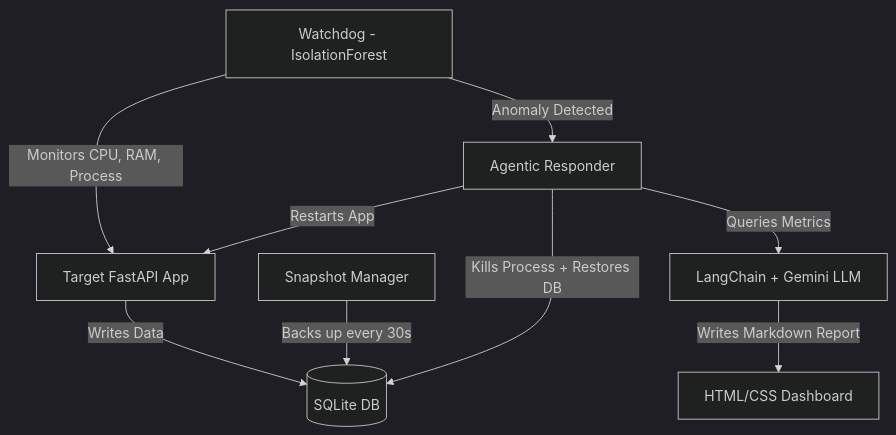
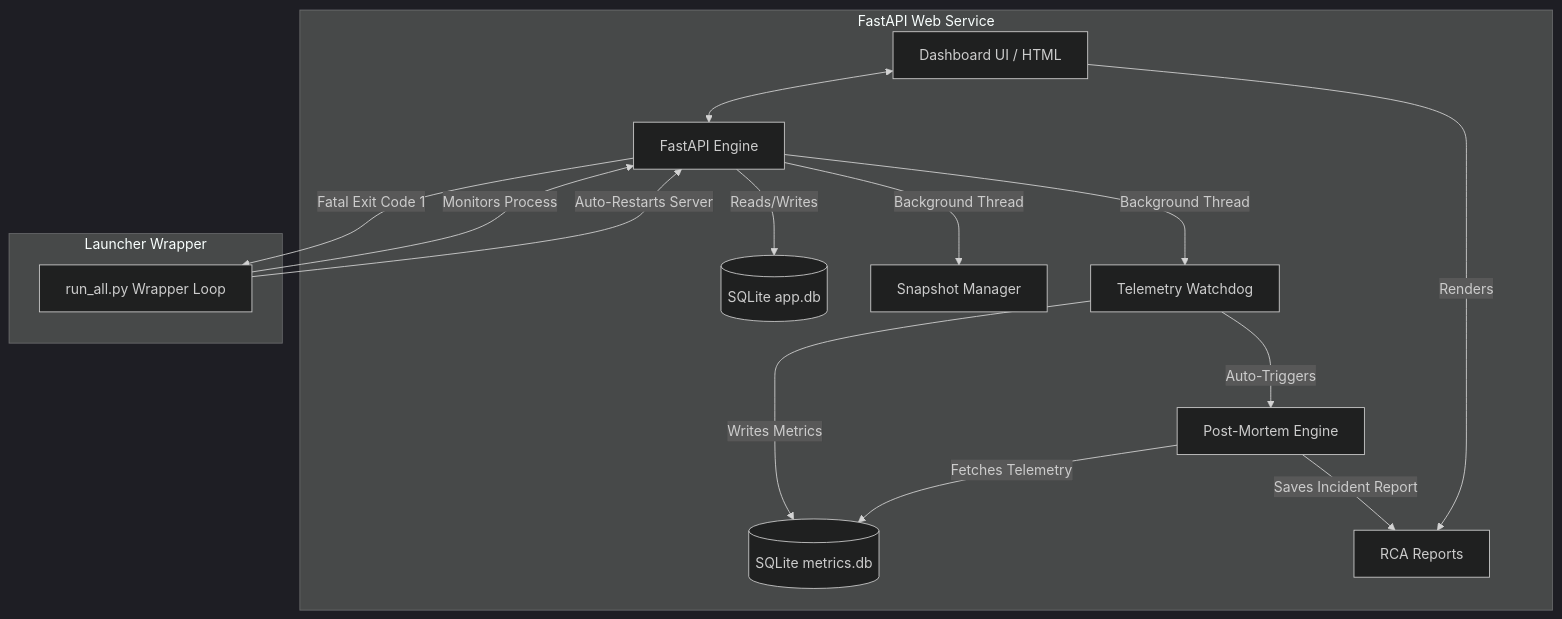
Before and after one commit to vishnuatgit/DeepBell: the diagram in README.md, drawn with Mermaid (dark theme). The commit also changed other lines of this file, not shown here.

Commit message:
docs: rewrite README to focus on telemetry and programmatic recovery

````diff
--- a/README.md
+++ b/README.md
@@ -43,11 +35,20 @@
 ```mermaid
 graph TD;
-    A[Target FastAPI App] -->|Writes Data| B[(SQLite DB)]
-    C[Snapshot Manager] -->|Backs up every 30s| B
-    D[Watchdog - IsolationForest] -->|Monitors CPU, RAM, Process| A
-    D -->|Anomaly Detected| E[Agentic Responder]
-    E -->|Kills Process + Restores DB| B
-    E -->|Restarts App| A
-    E -->|Queries Metrics| F[LangChain + Gemini LLM]
-    F -->|Writes Markdown Report| G[HTML/CSS Dashboard]
+    subgraph FastAPI Web Service
+        A[Dashboard UI / HTML] <--> B[FastAPI Engine]
+        B -->|Reads/Writes| C[(SQLite app.db)]
+        B -->|Background Thread| D[Snapshot Manager]
+        B -->|Background Thread| E[Telemetry Watchdog]
+        E -->|Writes Metrics| F[(SQLite metrics.db)]
+        E -->|Auto-Triggers| G[Post-Mortem Engine]
+        G -->|Fetches Telemetry| F
+        G -->|Saves Incident Report| H[RCA Reports]
+        A -->|Renders| H
+    end
+    
+    subgraph Launcher Wrapper
+        I[run_all.py Wrapper Loop] -->|Monitors Process| B
+        B -->|Fatal Exit Code 1| I
+        I -->|Auto-Restarts Server| B
+    end
 ```
````
